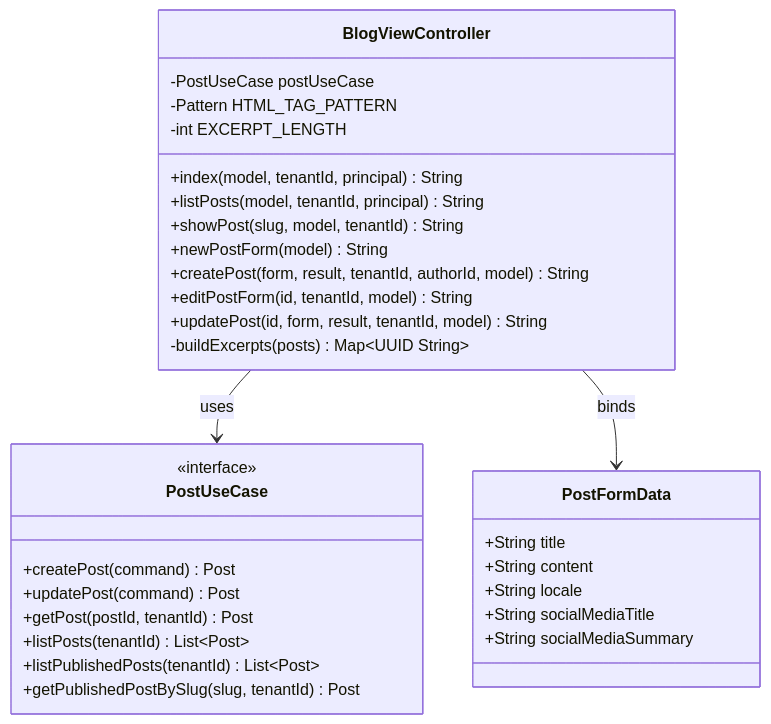
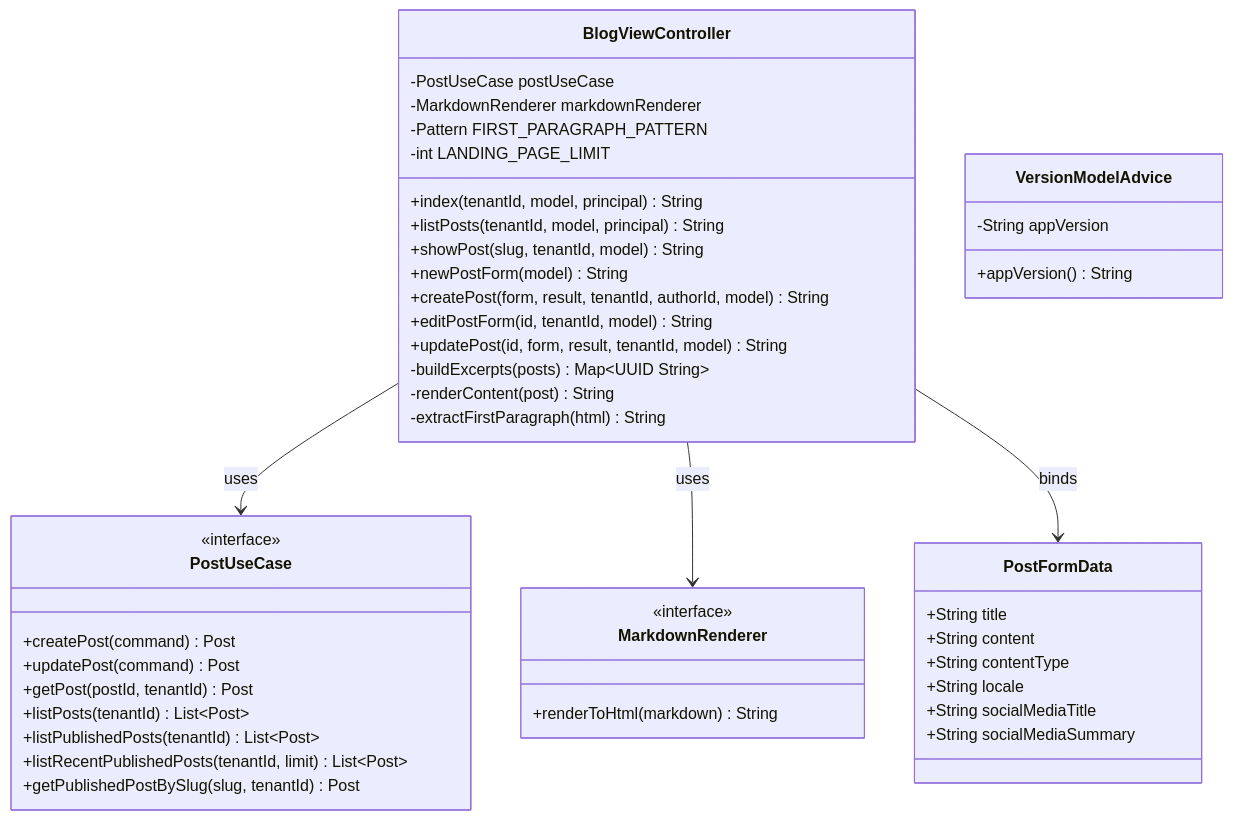
One commit to tomirgang/tomsblog changed the fourth of 13 diagrams in docs/design/modules/ROOT/pages/blog-content/index.adoc. Above: the diagram before and after it, drawn with Mermaid. The commit also changed other lines of this file and 54 other files, not shown here.

Commit message:
improve blog UI and mermaid diagram support

```diff
--- a/docs/design/modules/ROOT/pages/blog-content/index.adoc
+++ b/docs/design/modules/ROOT/pages/blog-content/index.adoc
@@ -350,38 +353,54 @@
 [mermaid]
 ----
 classDiagram
     class BlogViewController {
         -PostUseCase postUseCase
-        -Pattern HTML_TAG_PATTERN
-        -int EXCERPT_LENGTH
-        +index(model, tenantId, principal) String
-        +listPosts(model, tenantId, principal) String
-        +showPost(slug, model, tenantId) String
+        -MarkdownRenderer markdownRenderer
+        -Pattern FIRST_PARAGRAPH_PATTERN
+        -int LANDING_PAGE_LIMIT
+        +index(tenantId, model, principal) String
+        +listPosts(tenantId, model, principal) String
+        +showPost(slug, tenantId, model) String
         +newPostForm(model) String
         +createPost(form, result, tenantId, authorId, model) String
         +editPostForm(id, tenantId, model) String
         +updatePost(id, form, result, tenantId, model) String
         -buildExcerpts(posts) Map~UUID String~
+        -renderContent(post) String
+        -extractFirstParagraph(html) String
+    }
+
+    class MarkdownRenderer {
+        <<interface>>
+        +renderToHtml(markdown) String
+    }
+
+    class VersionModelAdvice {
+        -String appVersion
+        +appVersion() String
     }
 
     class PostFormData {
         +String title
         +String content
+        +String contentType
         +String locale
         +String socialMediaTitle
         +String socialMediaSummary
     }
 
     class PostUseCase {
         <<interface>>
         +createPost(command) Post
         +updatePost(command) Post
         +getPost(postId, tenantId) Post
         +listPosts(tenantId) List~Post~
         +listPublishedPosts(tenantId) List~Post~
+        +listRecentPublishedPosts(tenantId, limit) List~Post~
         +getPublishedPostBySlug(slug, tenantId) Post
     }
 
     BlogViewController --> PostUseCase : uses
+    BlogViewController --> MarkdownRenderer : uses
     BlogViewController --> PostFormData : binds
 ----
```
